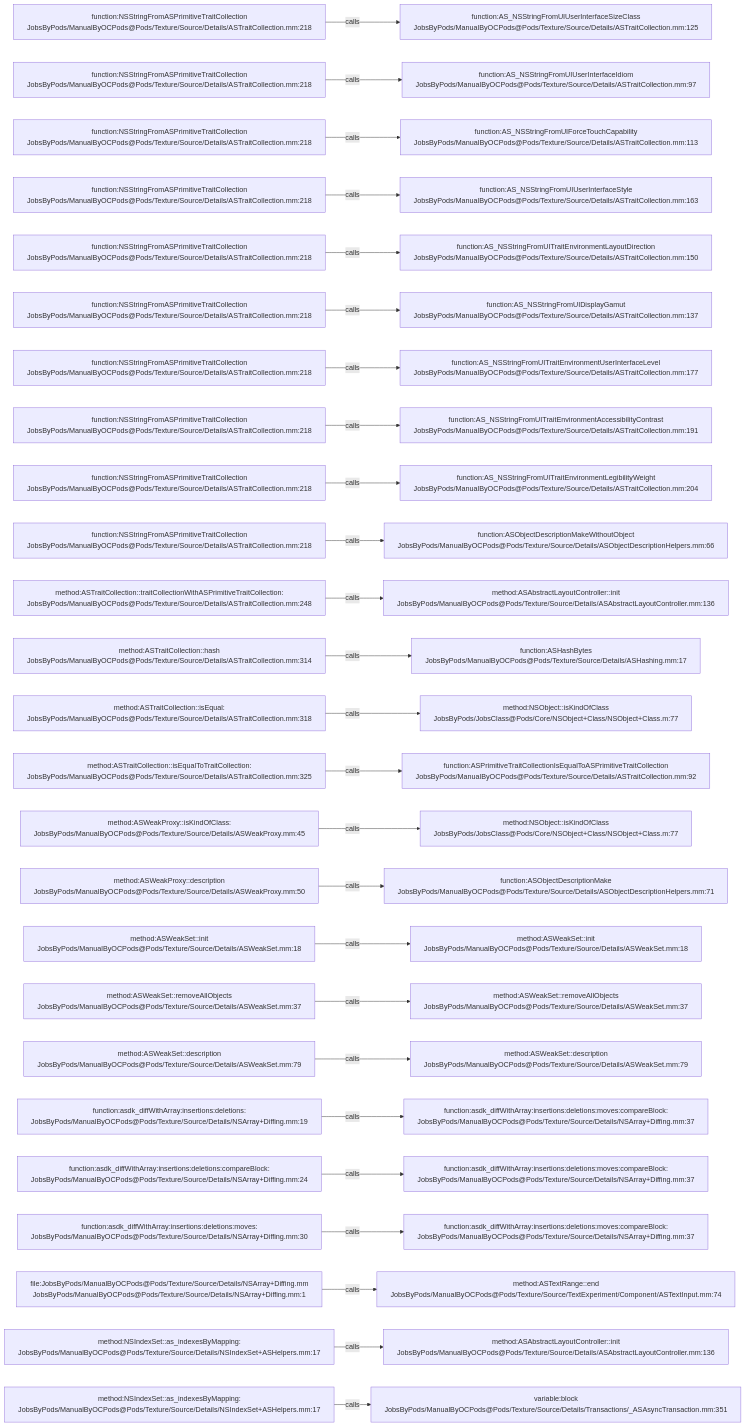
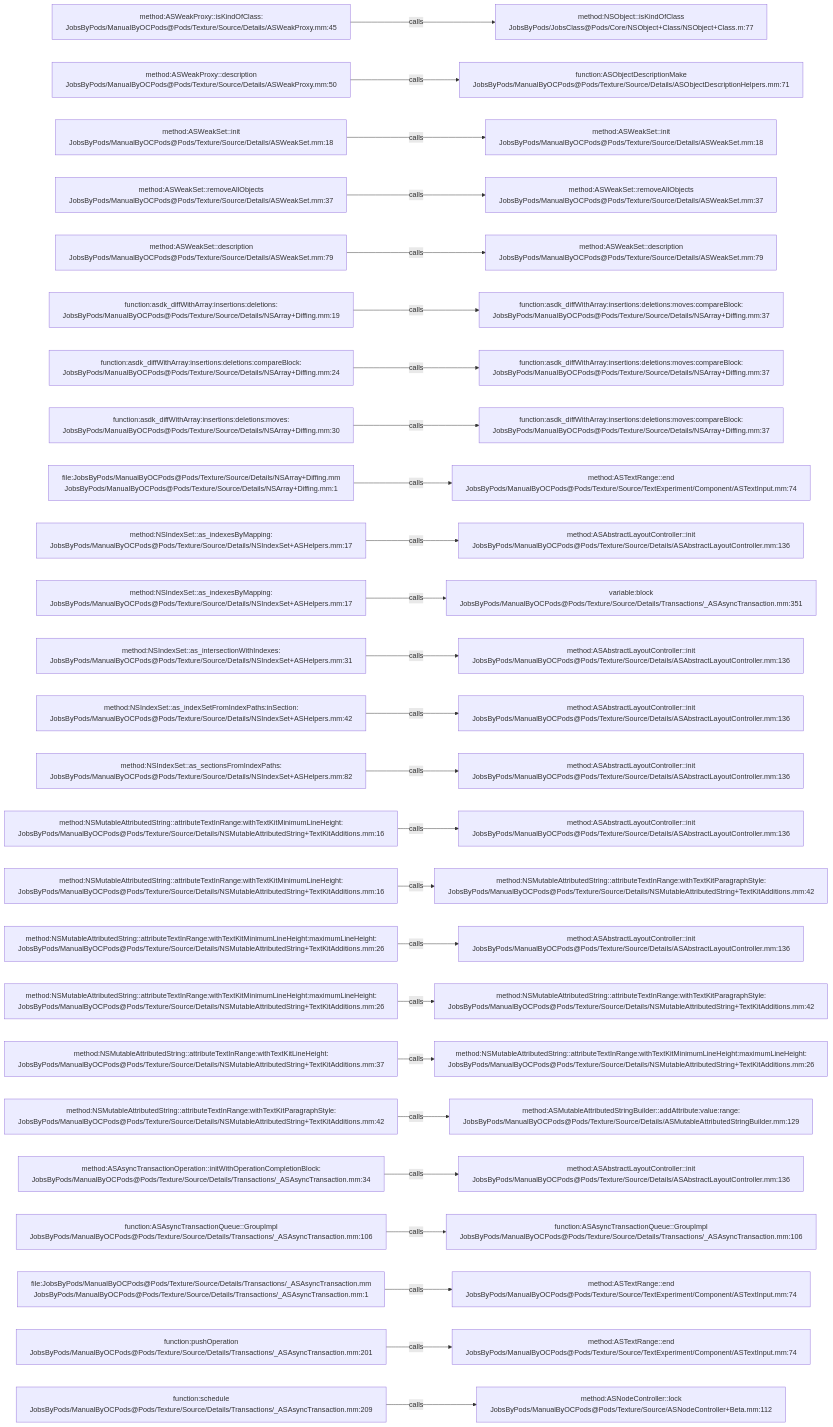
Before and after one commit to JobsKits/JobsOCBaseConfigDemo: the diagram in .codegraph/codegraph.md/graphs/calls-169.md, drawn with Mermaid. The commit also changed 296 other files, not shown here.

````diff
--- a/.codegraph/codegraph.md/graphs/calls-169.md
+++ b/.codegraph/codegraph.md/graphs/calls-169.md
@@ -13,78 +13,78 @@
 ```mermaid
 flowchart LR
-  S1["function:NSStringFromASPrimitiveTraitCollection<br/>JobsByPods/ManualByOCPods@Pods/Texture/Source/Details/ASTraitCollection.mm:218"]
-  T1["function:AS_NSStringFromUIUserInterfaceSizeClass<br/>JobsByPods/ManualByOCPods@Pods/Texture/Source/Details/ASTraitCollection.mm:125"]
+  S1["method:ASWeakProxy::isKindOfClass:<br/>JobsByPods/ManualByOCPods@Pods/Texture/Source/Details/ASWeakProxy.mm:45"]
+  T1["method:NSObject::isKindOfClass<br/>JobsByPods/JobsClass@Pods/Core/NSObject+Class/NSObject+Class.m:77"]
   S1 -->|calls| T1
-  S2["function:NSStringFromASPrimitiveTraitCollection<br/>JobsByPods/ManualByOCPods@Pods/Texture/Source/Details/ASTraitCollection.mm:218"]
-  T2["function:AS_NSStringFromUIUserInterfaceIdiom<br/>JobsByPods/ManualByOCPods@Pods/Texture/Source/Details/ASTraitCollection.mm:97"]
+  S2["method:ASWeakProxy::description<br/>JobsByPods/ManualByOCPods@Pods/Texture/Source/Details/ASWeakProxy.mm:50"]
+  T2["function:ASObjectDescriptionMake<br/>JobsByPods/ManualByOCPods@Pods/Texture/Source/Details/ASObjectDescriptionHelpers.mm:71"]
   S2 -->|calls| T2
-  S3["function:NSStringFromASPrimitiveTraitCollection<br/>JobsByPods/ManualByOCPods@Pods/Texture/Source/Details/ASTraitCollection.mm:218"]
-  T3["function:AS_NSStringFromUIForceTouchCapability<br/>JobsByPods/ManualByOCPods@Pods/Texture/Source/Details/ASTraitCollection.mm:113"]
+  S3["method:ASWeakSet::init<br/>JobsByPods/ManualByOCPods@Pods/Texture/Source/Details/ASWeakSet.mm:18"]
+  T3["method:ASWeakSet::init<br/>JobsByPods/ManualByOCPods@Pods/Texture/Source/Details/ASWeakSet.mm:18"]
   S3 -->|calls| T3
-  S4["function:NSStringFromASPrimitiveTraitCollection<br/>JobsByPods/ManualByOCPods@Pods/Texture/Source/Details/ASTraitCollection.mm:218"]
-  T4["function:AS_NSStringFromUIUserInterfaceStyle<br/>JobsByPods/ManualByOCPods@Pods/Texture/Source/Details/ASTraitCollection.mm:163"]
+  S4["method:ASWeakSet::removeAllObjects<br/>JobsByPods/ManualByOCPods@Pods/Texture/Source/Details/ASWeakSet.mm:37"]
+  T4["method:ASWeakSet::removeAllObjects<br/>JobsByPods/ManualByOCPods@Pods/Texture/Source/Details/ASWeakSet.mm:37"]
   S4 -->|calls| T4
-  S5["function:NSStringFromASPrimitiveTraitCollection<br/>JobsByPods/ManualByOCPods@Pods/Texture/Source/Details/ASTraitCollection.mm:218"]
-  T5["function:AS_NSStringFromUITraitEnvironmentLayoutDirection<br/>JobsByPods/ManualByOCPods@Pods/Texture/Source/Details/ASTraitCollection.mm:150"]
+  S5["method:ASWeakSet::description<br/>JobsByPods/ManualByOCPods@Pods/Texture/Source/Details/ASWeakSet.mm:79"]
+  T5["method:ASWeakSet::description<br/>JobsByPods/ManualByOCPods@Pods/Texture/Source/Details/ASWeakSet.mm:79"]
   S5 -->|calls| T5
-  S6["function:NSStringFromASPrimitiveTraitCollection<br/>JobsByPods/ManualByOCPods@Pods/Texture/Source/Details/ASTraitCollection.mm:218"]
-  T6["function:AS_NSStringFromUIDisplayGamut<br/>JobsByPods/ManualByOCPods@Pods/Texture/Source/Details/ASTraitCollection.mm:137"]
+  S6["function:asdk_diffWithArray:insertions:deletions:<br/>JobsByPods/ManualByOCPods@Pods/Texture/Source/Details/NSArray+Diffing.mm:19"]
+  T6["function:asdk_diffWithArray:insertions:deletions:moves:compareBlock:<br/>JobsByPods/ManualByOCPods@Pods/Texture/Source/Details/NSArray+Diffing.mm:37"]
   S6 -->|calls| T6
-  S7["function:NSStringFromASPrimitiveTraitCollection<br/>JobsByPods/ManualByOCPods@Pods/Texture/Source/Details/ASTraitCollection.mm:218"]
-  T7["function:AS_NSStringFromUITraitEnvironmentUserInterfaceLevel<br/>JobsByPods/ManualByOCPods@Pods/Texture/Source/Details/ASTraitCollection.mm:177"]
+  S7["function:asdk_diffWithArray:insertions:deletions:compareBlock:<br/>JobsByPods/ManualByOCPods@Pods/Texture/Source/Details/NSArray+Diffing.mm:24"]
+  T7["function:asdk_diffWithArray:insertions:deletions:moves:compareBlock:<br/>JobsByPods/ManualByOCPods@Pods/Texture/Source/Details/NSArray+Diffing.mm:37"]
   S7 -->|calls| T7
-  S8["function:NSStringFromASPrimitiveTraitCollection<br/>JobsByPods/ManualByOCPods@Pods/Texture/Source/Details/ASTraitCollection.mm:218"]
-  T8["function:AS_NSStringFromUITraitEnvironmentAccessibilityContrast<br/>JobsByPods/ManualByOCPods@Pods/Texture/Source/Details/ASTraitCollection.mm:191"]
+  S8["function:asdk_diffWithArray:insertions:deletions:moves:<br/>JobsByPods/ManualByOCPods@Pods/Texture/Source/Details/NSArray+Diffing.mm:30"]
+  T8["function:asdk_diffWithArray:insertions:deletions:moves:compareBlock:<br/>JobsByPods/ManualByOCPods@Pods/Texture/Source/Details/NSArray+Diffing.mm:37"]
   S8 -->|calls| T8
-  S9["function:NSStringFromASPrimitiveTraitCollection<br/>JobsByPods/ManualByOCPods@Pods/Texture/Source/Details/ASTraitCollection.mm:218"]
-  T9["function:AS_NSStringFromUITraitEnvironmentLegibilityWeight<br/>JobsByPods/ManualByOCPods@Pods/Texture/Source/Details/ASTraitCollection.mm:204"]
+  S9["file:JobsByPods/ManualByOCPods@Pods/Texture/Source/Details/NSArray+Diffing.mm<br/>JobsByPods/ManualByOCPods@Pods/Texture/Source/Details/NSArray+Diffing.mm:1"]
+  T9["method:ASTextRange::end<br/>JobsByPods/ManualByOCPods@Pods/Texture/Source/TextExperiment/Component/ASTextInput.mm:74"]
   S9 -->|calls| T9
-  S10["function:NSStringFromASPrimitiveTraitCollection<br/>JobsByPods/ManualByOCPods@Pods/Texture/Source/Details/ASTraitCollection.mm:218"]
-  T10["function:ASObjectDescriptionMakeWithoutObject<br/>JobsByPods/ManualByOCPods@Pods/Texture/Source/Details/ASObjectDescriptionHelpers.mm:66"]
+  S10["method:NSIndexSet::as_indexesByMapping:<br/>JobsByPods/ManualByOCPods@Pods/Texture/Source/Details/NSIndexSet+ASHelpers.mm:17"]
+  T10["method:ASAbstractLayoutController::init<br/>JobsByPods/ManualByOCPods@Pods/Texture/Source/Details/ASAbstractLayoutController.mm:136"]
   S10 -->|calls| T10
-  S11["method:ASTraitCollection::traitCollectionWithASPrimitiveTraitCollection:<br/>JobsByPods/ManualByOCPods@Pods/Texture/Source/Details/ASTraitCollection.mm:248"]
-  T11["method:ASAbstractLayoutController::init<br/>JobsByPods/ManualByOCPods@Pods/Texture/Source/Details/ASAbstractLayoutController.mm:136"]
+  S11["method:NSIndexSet::as_indexesByMapping:<br/>JobsByPods/ManualByOCPods@Pods/Texture/Source/Details/NSIndexSet+ASHelpers.mm:17"]
+  T11["variable:block<br/>JobsByPods/ManualByOCPods@Pods/Texture/Source/Details/Transactions/_ASAsyncTransaction.mm:351"]
   S11 -->|calls| T11
-  S12["method:ASTraitCollection::hash<br/>JobsByPods/ManualByOCPods@Pods/Texture/Source/Details/ASTraitCollection.mm:314"]
-  T12["function:ASHashBytes<br/>JobsByPods/ManualByOCPods@Pods/Texture/Source/Details/ASHashing.mm:17"]
+  S12["method:NSIndexSet::as_intersectionWithIndexes:<br/>JobsByPods/ManualByOCPods@Pods/Texture/Source/Details/NSIndexSet+ASHelpers.mm:31"]
+  T12["method:ASAbstractLayoutController::init<br/>JobsByPods/ManualByOCPods@Pods/Texture/Source/Details/ASAbstractLayoutController.mm:136"]
   S12 -->|calls| T12
-  S13["method:ASTraitCollection::isEqual:<br/>JobsByPods/ManualByOCPods@Pods/Texture/Source/Details/ASTraitCollection.mm:318"]
-  T13["method:NSObject::isKindOfClass<br/>JobsByPods/JobsClass@Pods/Core/NSObject+Class/NSObject+Class.m:77"]
+  S13["method:NSIndexSet::as_indexSetFromIndexPaths:inSection:<br/>JobsByPods/ManualByOCPods@Pods/Texture/Source/Details/NSIndexSet+ASHelpers.mm:42"]
+  T13["method:ASAbstractLayoutController::init<br/>JobsByPods/ManualByOCPods@Pods/Texture/Source/Details/ASAbstractLayoutController.mm:136"]
   S13 -->|calls| T13
-  S14["method:ASTraitCollection::isEqualToTraitCollection:<br/>JobsByPods/ManualByOCPods@Pods/Texture/Source/Details/ASTraitCollection.mm:325"]
-  T14["function:ASPrimitiveTraitCollectionIsEqualToASPrimitiveTraitCollection<br/>JobsByPods/ManualByOCPods@Pods/Texture/Source/Details/ASTraitCollection.mm:92"]
+  S14["method:NSIndexSet::as_sectionsFromIndexPaths:<br/>JobsByPods/ManualByOCPods@Pods/Texture/Source/Details/NSIndexSet+ASHelpers.mm:82"]
+  T14["method:ASAbstractLayoutController::init<br/>JobsByPods/ManualByOCPods@Pods/Texture/Source/Details/ASAbstractLayoutController.mm:136"]
   S14 -->|calls| T14
-  S15["method:ASWeakProxy::isKindOfClass:<br/>JobsByPods/ManualByOCPods@Pods/Texture/Source/Details/ASWeakProxy.mm:45"]
-  T15["method:NSObject::isKindOfClass<br/>JobsByPods/JobsClass@Pods/Core/NSObject+Class/NSObject+Class.m:77"]
+  S15["method:NSMutableAttributedString::attributeTextInRange:withTextKitMinimumLineHeight:<br/>JobsByPods/ManualByOCPods@Pods/Texture/Source/Details/NSMutableAttributedString+TextKitAdditions.mm:16"]
+  T15["method:ASAbstractLayoutController::init<br/>JobsByPods/ManualByOCPods@Pods/Texture/Source/Details/ASAbstractLayoutController.mm:136"]
   S15 -->|calls| T15
-  S16["method:ASWeakProxy::description<br/>JobsByPods/ManualByOCPods@Pods/Texture/Source/Details/ASWeakProxy.mm:50"]
-  T16["function:ASObjectDescriptionMake<br/>JobsByPods/ManualByOCPods@Pods/Texture/Source/Details/ASObjectDescriptionHelpers.mm:71"]
+  S16["method:NSMutableAttributedString::attributeTextInRange:withTextKitMinimumLineHeight:<br/>JobsByPods/ManualByOCPods@Pods/Texture/Source/Details/NSMutableAttributedString+TextKitAdditions.mm:16"]
+  T16["method:NSMutableAttributedString::attributeTextInRange:withTextKitParagraphStyle:<br/>JobsByPods/ManualByOCPods@Pods/Texture/Source/Details/NSMutableAttributedString+TextKitAdditions.mm:42"]
   S16 -->|calls| T16
-  S17["method:ASWeakSet::init<br/>JobsByPods/ManualByOCPods@Pods/Texture/Source/Details/ASWeakSet.mm:18"]
-  T17["method:ASWeakSet::init<br/>JobsByPods/ManualByOCPods@Pods/Texture/Source/Details/ASWeakSet.mm:18"]
+  S17["method:NSMutableAttributedString::attributeTextInRange:withTextKitMinimumLineHeight:maximumLineHeight:<br/>JobsByPods/ManualByOCPods@Pods/Texture/Source/Details/NSMutableAttributedString+TextKitAdditions.mm:26"]
+  T17["method:ASAbstractLayoutController::init<br/>JobsByPods/ManualByOCPods@Pods/Texture/Source/Details/ASAbstractLayoutController.mm:136"]
   S17 -->|calls| T17
-  S18["method:ASWeakSet::removeAllObjects<br/>JobsByPods/ManualByOCPods@Pods/Texture/Source/Details/ASWeakSet.mm:37"]
-  T18["method:ASWeakSet::removeAllObjects<br/>JobsByPods/ManualByOCPods@Pods/Texture/Source/Details/ASWeakSet.mm:37"]
+  S18["method:NSMutableAttributedString::attributeTextInRange:withTextKitMinimumLineHeight:maximumLineHeight:<br/>JobsByPods/ManualByOCPods@Pods/Texture/Source/Details/NSMutableAttributedString+TextKitAdditions.mm:26"]
+  T18["method:NSMutableAttributedString::attributeTextInRange:withTextKitParagraphStyle:<br/>JobsByPods/ManualByOCPods@Pods/Texture/Source/Details/NSMutableAttributedString+TextKitAdditions.mm:42"]
   S18 -->|calls| T18
-  S19["method:ASWeakSet::description<br/>JobsByPods/ManualByOCPods@Pods/Texture/Source/Details/ASWeakSet.mm:79"]
-  T19["method:ASWeakSet::description<br/>JobsByPods/ManualByOCPods@Pods/Texture/Source/Details/ASWeakSet.mm:79"]
+  S19["method:NSMutableAttributedString::attributeTextInRange:withTextKitLineHeight:<br/>JobsByPods/ManualByOCPods@Pods/Texture/Source/Details/NSMutableAttributedString+TextKitAdditions.mm:37"]
+  T19["method:NSMutableAttributedString::attributeTextInRange:withTextKitMinimumLineHeight:maximumLineHeight:<br/>JobsByPods/ManualByOCPods@Pods/Texture/Source/Details/NSMutableAttributedString+TextKitAdditions.mm:26"]
   S19 -->|calls| T19
-  S20["function:asdk_diffWithArray:insertions:deletions:<br/>JobsByPods/ManualByOCPods@Pods/Texture/Source/Details/NSArray+Diffing.mm:19"]
-  T20["function:asdk_diffWithArray:insertions:deletions:moves:compareBlock:<br/>JobsByPods/ManualByOCPods@Pods/Texture/Source/Details/NSArray+Diffing.mm:37"]
+  S20["method:NSMutableAttributedString::attributeTextInRange:withTextKitParagraphStyle:<br/>JobsByPods/ManualByOCPods@Pods/Texture/Source/Details/NSMutableAttributedString+TextKitAdditions.mm:42"]
+  T20["method:ASMutableAttributedStringBuilder::addAttribute:value:range:<br/>JobsByPods/ManualByOCPods@Pods/Texture/Source/Details/ASMutableAttributedStringBuilder.mm:129"]
   S20 -->|calls| T20
-  S21["function:asdk_diffWithArray:insertions:deletions:compareBlock:<br/>JobsByPods/ManualByOCPods@Pods/Texture/Source/Details/NSArray+Diffing.mm:24"]
-  T21["function:asdk_diffWithArray:insertions:deletions:moves:compareBlock:<br/>JobsByPods/ManualByOCPods@Pods/Texture/Source/Details/NSArray+Diffing.mm:37"]
+  S21["method:ASAsyncTransactionOperation::initWithOperationCompletionBlock:<br/>JobsByPods/ManualByOCPods@Pods/Texture/Source/Details/Transactions/_ASAsyncTransaction.mm:34"]
+  T21["method:ASAbstractLayoutController::init<br/>JobsByPods/ManualByOCPods@Pods/Texture/Source/Details/ASAbstractLayoutController.mm:136"]
   S21 -->|calls| T21
-  S22["function:asdk_diffWithArray:insertions:deletions:moves:<br/>JobsByPods/ManualByOCPods@Pods/Texture/Source/Details/NSArray+Diffing.mm:30"]
-  T22["function:asdk_diffWithArray:insertions:deletions:moves:compareBlock:<br/>JobsByPods/ManualByOCPods@Pods/Texture/Source/Details/NSArray+Diffing.mm:37"]
+  S22["function:ASAsyncTransactionQueue::GroupImpl<br/>JobsByPods/ManualByOCPods@Pods/Texture/Source/Details/Transactions/_ASAsyncTransaction.mm:106"]
+  T22["function:ASAsyncTransactionQueue::GroupImpl<br/>JobsByPods/ManualByOCPods@Pods/Texture/Source/Details/Transactions/_ASAsyncTransaction.mm:106"]
   S22 -->|calls| T22
-  S23["file:JobsByPods/ManualByOCPods@Pods/Texture/Source/Details/NSArray+Diffing.mm<br/>JobsByPods/ManualByOCPods@Pods/Texture/Source/Details/NSArray+Diffing.mm:1"]
+  S23["file:JobsByPods/ManualByOCPods@Pods/Texture/Source/Details/Transactions/_ASAsyncTransaction.mm<br/>JobsByPods/ManualByOCPods@Pods/Texture/Source/Details/Transactions/_ASAsyncTransaction.mm:1"]
   T23["method:ASTextRange::end<br/>JobsByPods/ManualByOCPods@Pods/Texture/Source/TextExperiment/Component/ASTextInput.mm:74"]
   S23 -->|calls| T23
-  S24["method:NSIndexSet::as_indexesByMapping:<br/>JobsByPods/ManualByOCPods@Pods/Texture/Source/Details/NSIndexSet+ASHelpers.mm:17"]
-  T24["method:ASAbstractLayoutController::init<br/>JobsByPods/ManualByOCPods@Pods/Texture/Source/Details/ASAbstractLayoutController.mm:136"]
+  S24["function:pushOperation<br/>JobsByPods/ManualByOCPods@Pods/Texture/Source/Details/Transactions/_ASAsyncTransaction.mm:201"]
+  T24["method:ASTextRange::end<br/>JobsByPods/ManualByOCPods@Pods/Texture/Source/TextExperiment/Component/ASTextInput.mm:74"]
   S24 -->|calls| T24
-  S25["method:NSIndexSet::as_indexesByMapping:<br/>JobsByPods/ManualByOCPods@Pods/Texture/Source/Details/NSIndexSet+ASHelpers.mm:17"]
-  T25["variable:block<br/>JobsByPods/ManualByOCPods@Pods/Texture/Source/Details/Transactions/_ASAsyncTransaction.mm:351"]
+  S25["function:schedule<br/>JobsByPods/ManualByOCPods@Pods/Texture/Source/Details/Transactions/_ASAsyncTransaction.mm:209"]
+  T25["method:ASNodeController::lock<br/>JobsByPods/ManualByOCPods@Pods/Texture/Source/ASNodeController+Beta.mm:112"]
   S25 -->|calls| T25
 ```
````
